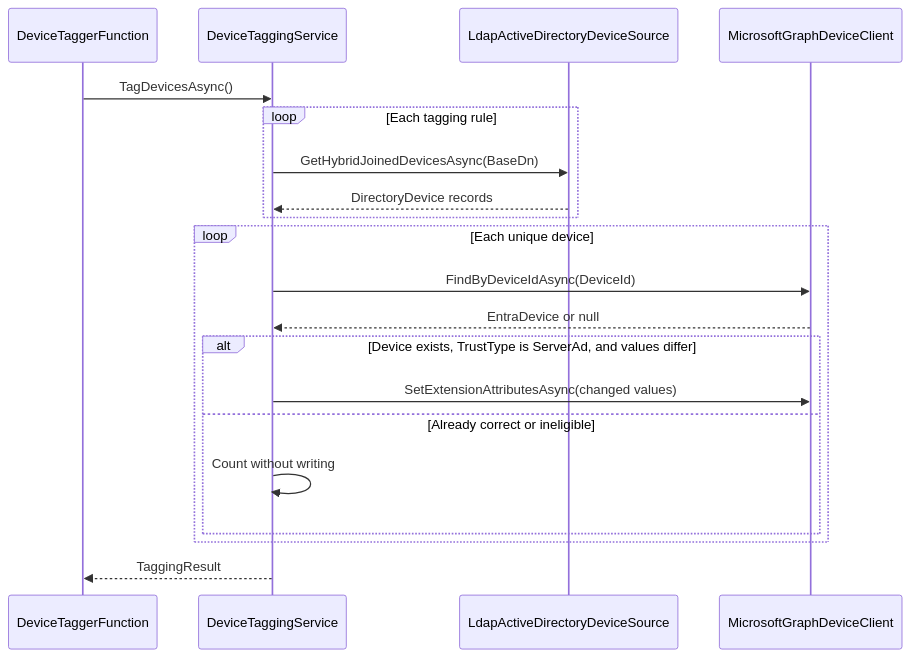
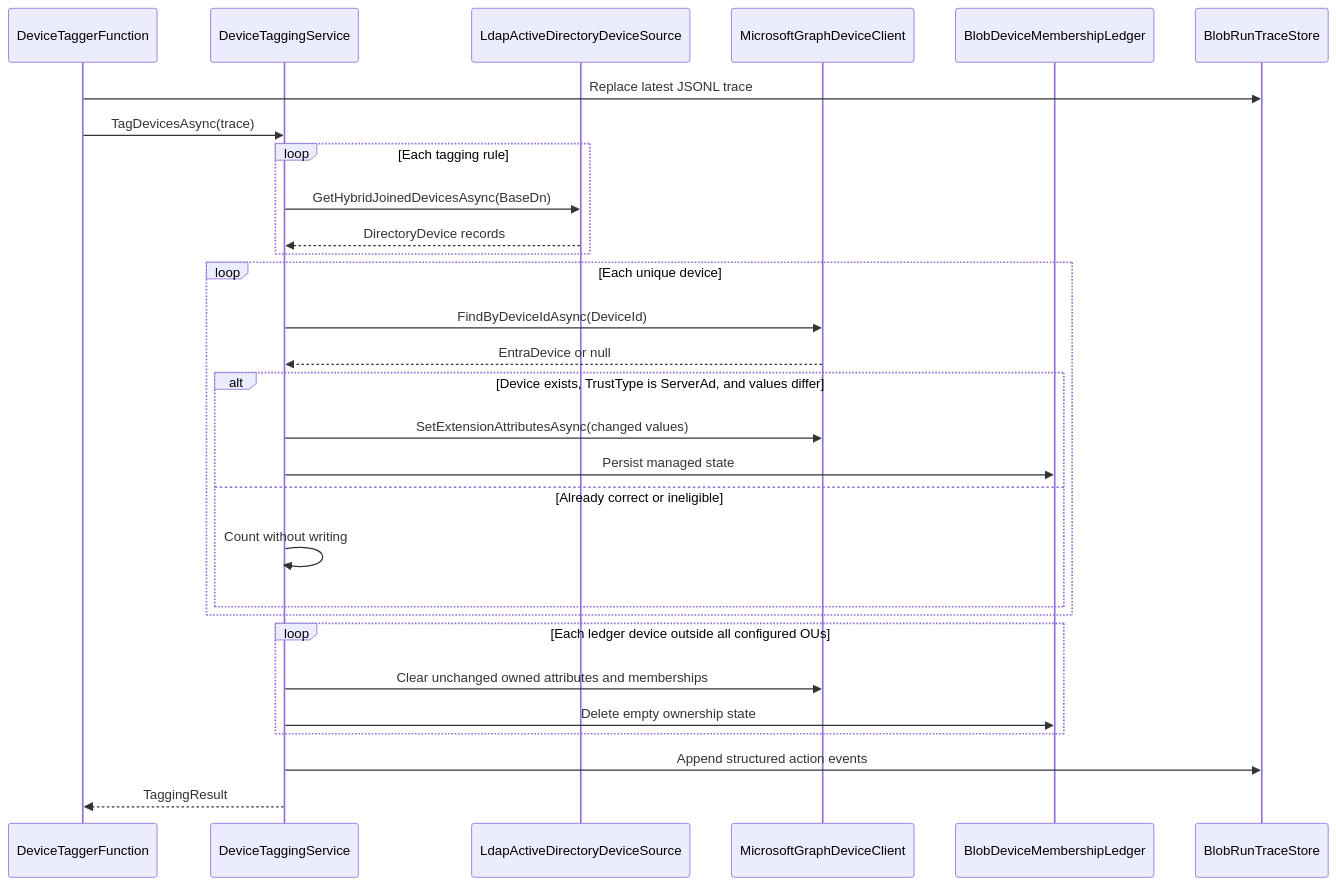
One commit to Kili69/HybridDeviceTagger changed the second of 3 diagrams in CODE_DOCUMENTATION.md. Above: the diagram before and after it, drawn with Mermaid. The commit also changed other lines of this file and 48 other files, not shown here.

````diff
--- a/CODE_DOCUMENTATION.md
+++ b/CODE_DOCUMENTATION.md
@@ -51,23 +60,32 @@
 ```mermaid
 sequenceDiagram
     participant Timer as DeviceTaggerFunction
     participant Service as DeviceTaggingService
     participant AD as LdapActiveDirectoryDeviceSource
     participant Graph as MicrosoftGraphDeviceClient
+    participant Ledger as BlobDeviceMembershipLedger
+    participant Trace as BlobRunTraceStore
 
-    Timer->>Service: TagDevicesAsync()
+    Timer->>Trace: Replace latest JSONL trace
+    Timer->>Service: TagDevicesAsync(trace)
     loop Each tagging rule
         Service->>AD: GetHybridJoinedDevicesAsync(BaseDn)
         AD-->>Service: DirectoryDevice records
     end
     loop Each unique device
         Service->>Graph: FindByDeviceIdAsync(DeviceId)
         Graph-->>Service: EntraDevice or null
         alt Device exists, TrustType is ServerAd, and values differ
             Service->>Graph: SetExtensionAttributesAsync(changed values)
+            Service->>Ledger: Persist managed state
         else Already correct or ineligible
             Service->>Service: Count without writing
         end
     end
+    loop Each ledger device outside all configured OUs
+        Service->>Graph: Clear unchanged owned attributes and memberships
+        Service->>Ledger: Delete empty ownership state
+    end
+    Service->>Trace: Append structured action events
     Service-->>Timer: TaggingResult
 ```
````
